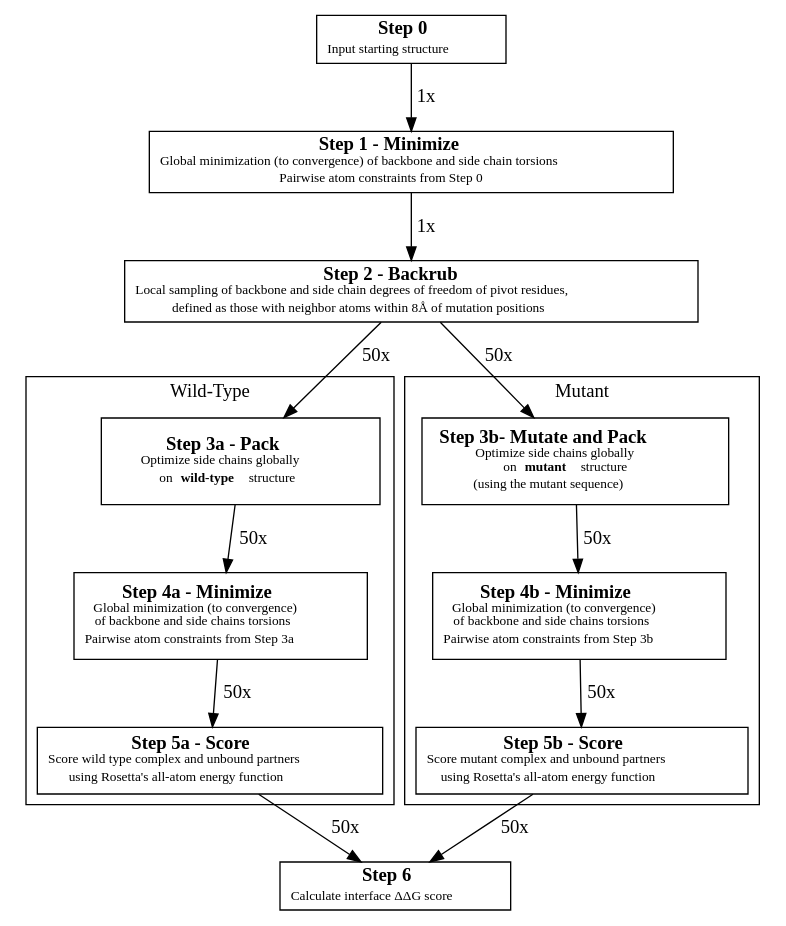
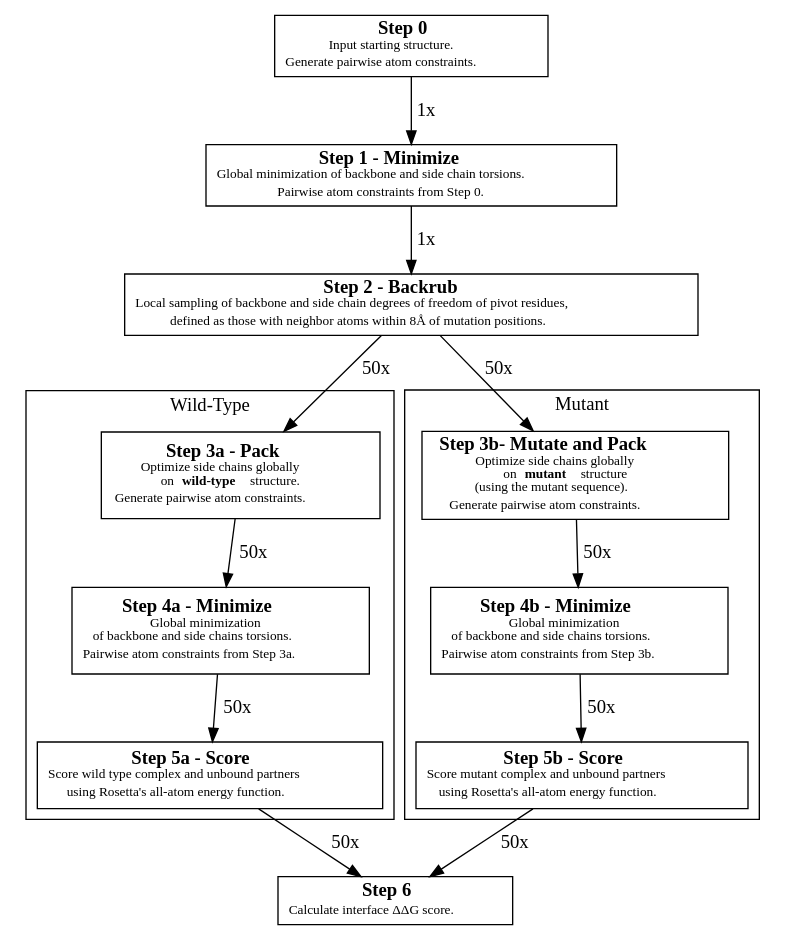
Before and after one commit to Kortemme-Lab/flex_ddG_analysis: the diagram in figures/fig-overview.dot, drawn with Graphviz. The commit also changed 1 other file, not shown here.

```diff
--- a/figures/fig-overview.dot
+++ b/figures/fig-overview.dot
@@ -1,77 +1,80 @@
 digraph cluster{
 rankdir=TB;
 forcelabels=true;
 
 step0 [label=< <B>Step 0</B> <BR/><FONT POINT-SIZE="10">
-Input starting structure
+Input starting structure.<BR/>
+Generate pairwise atom constraints.
 </FONT> >, shape=box];
 
 step1 [label=< <B>Step 1 - Minimize</B> <BR/><FONT POINT-SIZE="10">
-Global minimization (to convergence) of backbone and side chain torsions<BR/>
-Pairwise atom constraints from Step 0
+Global minimization of backbone and side chain torsions.<BR/>
+Pairwise atom constraints from Step 0.
 </FONT> >, shape=box];
 
 step2 [label=< <B>Step 2 - Backrub</B> <BR/><FONT POINT-SIZE="10">
 Local sampling of backbone and side chain degrees of freedom of pivot residues,<BR/>
-defined as those with neighbor atoms within 8Å of mutation positions
+defined as those with neighbor atoms within 8Å of mutation positions.
 </FONT> >, shape=box];
 
 step3a [label=< <B>Step 3a - Pack</B> <BR/><FONT POINT-SIZE="10">
 Optimize side chains globally<BR/>
-on <B>wild-type</B> structure
+on <B>wild-type</B> structure.<BR/>
+Generate pairwise atom constraints.
 </FONT> >, shape=box, width = 2.9, height = 0.9];
 
 step3b [label=< <B>Step 3b- Mutate and Pack</B> <BR/><FONT POINT-SIZE="10">
 Optimize side chains globally<BR/>
 on <B>mutant</B> structure<BR/>
-(using the mutant sequence)
+(using the mutant sequence).<BR/>
+Generate pairwise atom constraints.
 </FONT> >, shape=box, width = 2.9, height = 0.9];
 
 step4a [label=< <B>Step 4a - Minimize</B> <BR/><FONT POINT-SIZE="10">
-Global minimization (to convergence)<BR/>
-of backbone and side chains torsions<BR/>
-Pairwise atom constraints from Step 3a
+Global minimization <BR/>
+of backbone and side chains torsions.<BR/>
+Pairwise atom constraints from Step 3a.
 </FONT> >, shape=box, width = 2.9, height = 0.9];
 
 step4b [label=< <B>Step 4b - Minimize</B> <BR/><FONT POINT-SIZE="10">
-Global minimization (to convergence)<BR/>
-of backbone and side chains torsions<BR/>
-Pairwise atom constraints from Step 3b
+Global minimization <BR/>
+of backbone and side chains torsions.<BR/>
+Pairwise atom constraints from Step 3b.
 </FONT> >, shape=box, width = 2.9, height = 0.9];
 
 step5a [label=< <B>Step 5a - Score</B> <BR/><FONT POINT-SIZE="10">
 Score wild type complex and unbound partners<BR/>
-using Rosetta's all-atom energy function
+using Rosetta's all-atom energy function.
 </FONT> >, shape=box, width = 2.9, height = 0.7];
 
 step5b [label=< <B>Step 5b - Score</B> <BR/><FONT POINT-SIZE="10">
 Score mutant complex and unbound partners<BR/>
-using Rosetta's all-atom energy function
+using Rosetta's all-atom energy function.
 </FONT> >, shape=box, width = 2.9, height = 0.7];
 
 step6 [label=< <B>Step 6</B> <BR/><FONT POINT-SIZE="10">
-Calculate interface ΔΔG score
+Calculate interface ΔΔG score.
 </FONT> >, shape=box];
 
 step0 -> step1 [label = " 1x"];
 step1 -> step2 [label = " 1x"];
 step2 -> step3a [label = " 50x"];
 step2 -> step3b [label = " 50x"];
 
 subgraph cluster0 {
 step3a -> step4a [label = " 50x"];
 step4a -> step5a [label = " 50x"];
 label = "Wild-Type";
 }
 subgraph cluster1 {
 step3b -> step4b [label = " 50x"];
 step4b -> step5b [label = " 50x"];
 label = "Mutant";
 }
 
 step5a -> step6 [label = " 50x"];
 step5b -> step6 [label = " 50x"];
 
 # step2 -> step6;
 
 }
```
